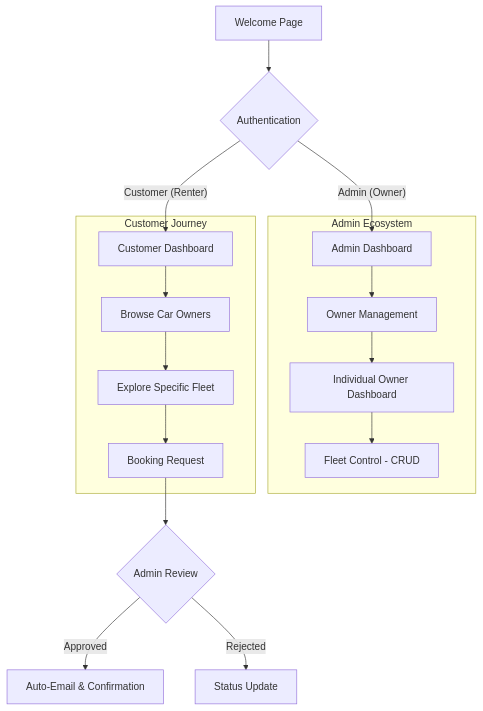
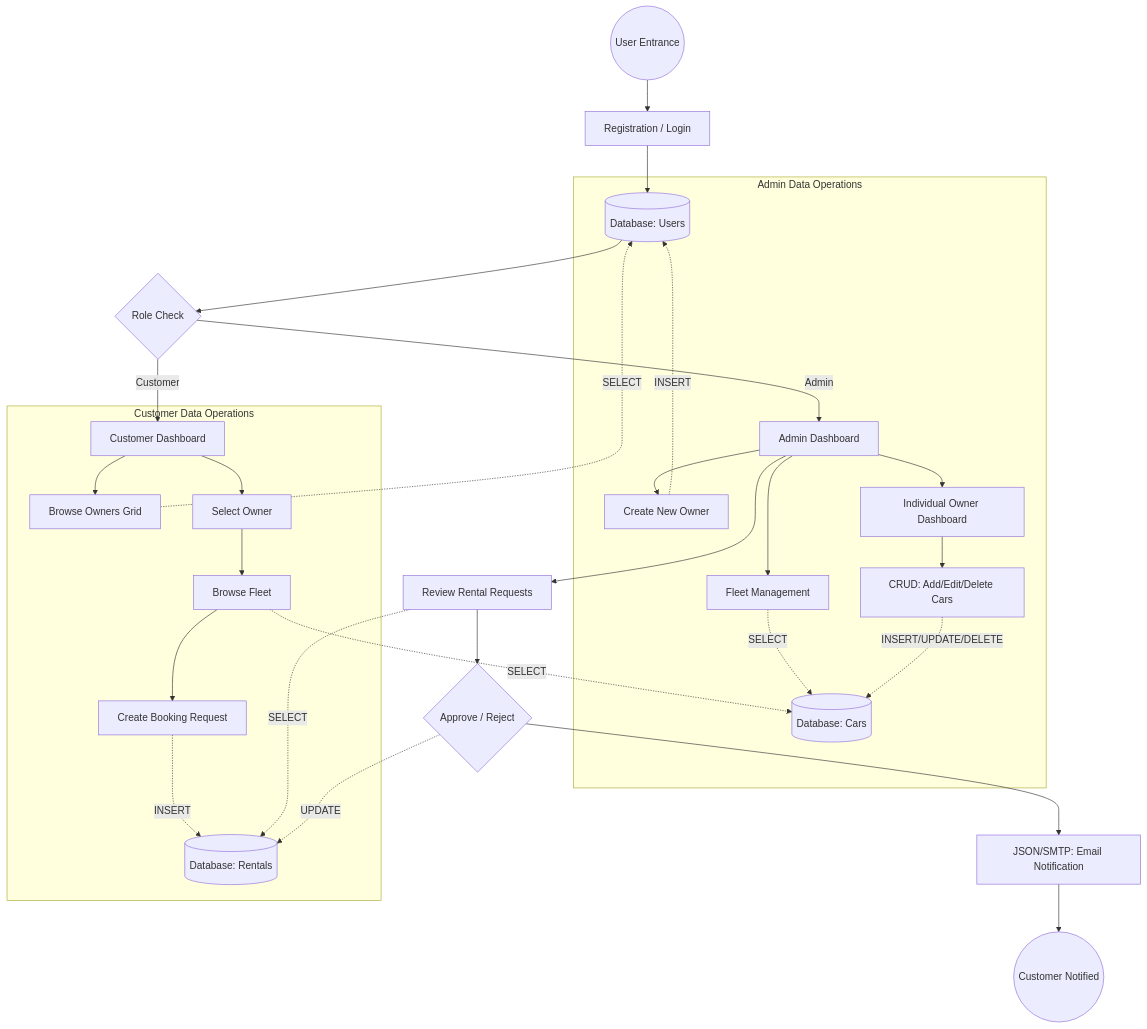
One commit to YoursTrulyInarius/Car_Rental changed the diagram in README.md. Above: the diagram before and after it, drawn with Mermaid. The commit also changed other lines of this file, not shown here.

Commit message:
please work

````diff
--- a/README.md
+++ b/README.md
@@ -10,22 +10,41 @@
 ```mermaid
 graph TD
-    A[Welcome Page] --> B{Authentication}
-    B -- Admin (Owner) --> C[Admin Dashboard]
-    B -- Customer (Renter) --> D[Customer Dashboard]
+    %% Entry Point
+    Start((User Entrance)) --> Reg[Registration / Login]
+    Reg --> DB_Users[(Database: Users)]
     
-    subgraph "Admin Ecosystem"
-        C --> E[Owner Management]
-        E --> F[Individual Owner Dashboard]
-        F --> G[Fleet Control - CRUD]
+    %% Role Redirection
+    DB_Users --> RoleCheck{Role Check}
+    RoleCheck -- "Admin" --> AdminDash[Admin Dashboard]
+    RoleCheck -- "Customer" --> CustDash[Customer Dashboard]
+    
+    %% Admin Workflows
+    subgraph "Admin Data Operations"
+        AdminDash --> AddOwner[Create New Owner]
+        AddOwner -.->|INSERT| DB_Users
+        AdminDash --> ViewFleet[Fleet Management]
+        ViewFleet -.->|SELECT| DB_Cars
+        AdminDash --> OwnerDash[Individual Owner Dashboard]
+        OwnerDash --> ManageCars[CRUD: Add/Edit/Delete Cars]
+        ManageCars -.->|INSERT/UPDATE/DELETE| DB_Cars[(Database: Cars)]
     end
     
-    subgraph "Customer Journey"
-        D --> H[Browse Car Owners]
-        H --> I[Explore Specific Fleet]
-        I --> J[Booking Request]
+    %% Customer Workflows
+    subgraph "Customer Data Operations"
+        CustDash --> BrowseOwners[Browse Owners Grid]
+        BrowseOwners -.->|SELECT| DB_Users
+        CustDash --> SelectOwner[Select Owner]
+        SelectOwner --> BrowseFleet[Browse Fleet]
+        BrowseFleet -.->|SELECT| DB_Cars
+        BrowseFleet --> Booking[Create Booking Request]
+        Booking -.->|INSERT| DB_Rentals[(Database: Rentals)]
     end
     
-    J --> K{Admin Review}
-    K -- Approved --> L[Auto-Email & Confirmation]
-    K -- Rejected --> M[Status Update]
+    %% Business Logic Loop
+    AdminDash --> ReviewRentals[Review Rental Requests]
+    ReviewRentals -.->|SELECT| DB_Rentals
+    ReviewRentals --> Decision{Approve / Reject}
+    Decision -.->|UPDATE| DB_Rentals
+    Decision --> Mail[JSON/SMTP: Email Notification]
+    Mail --> Customer((Customer Notified))
 ```
````
